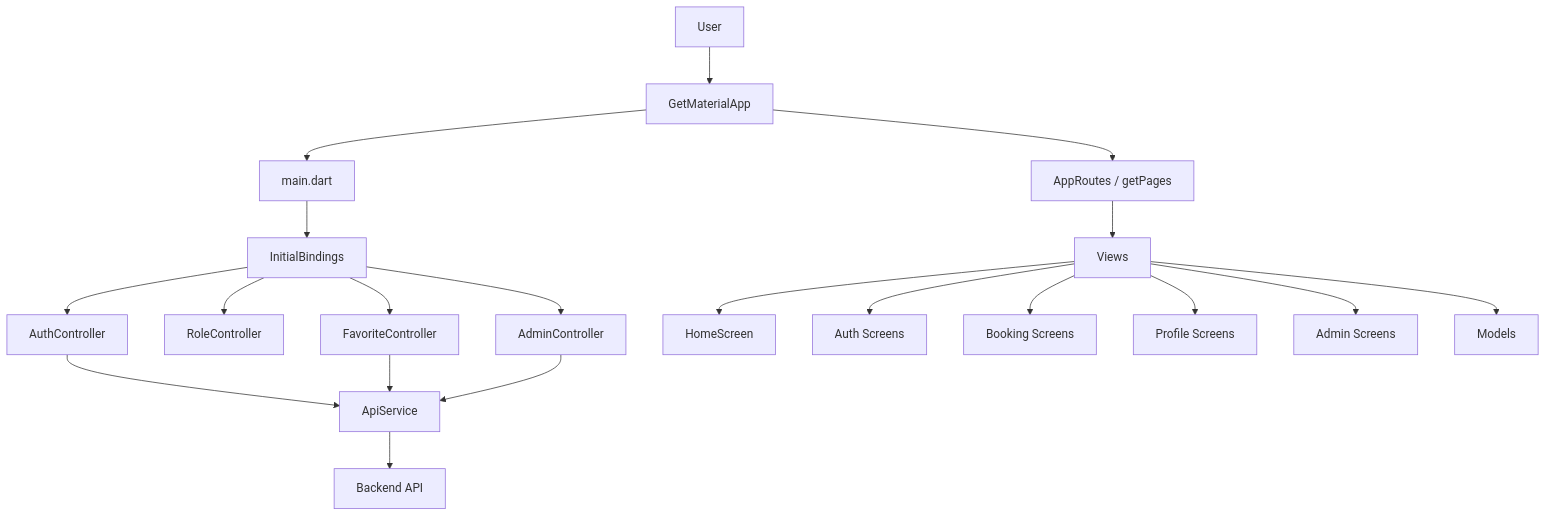
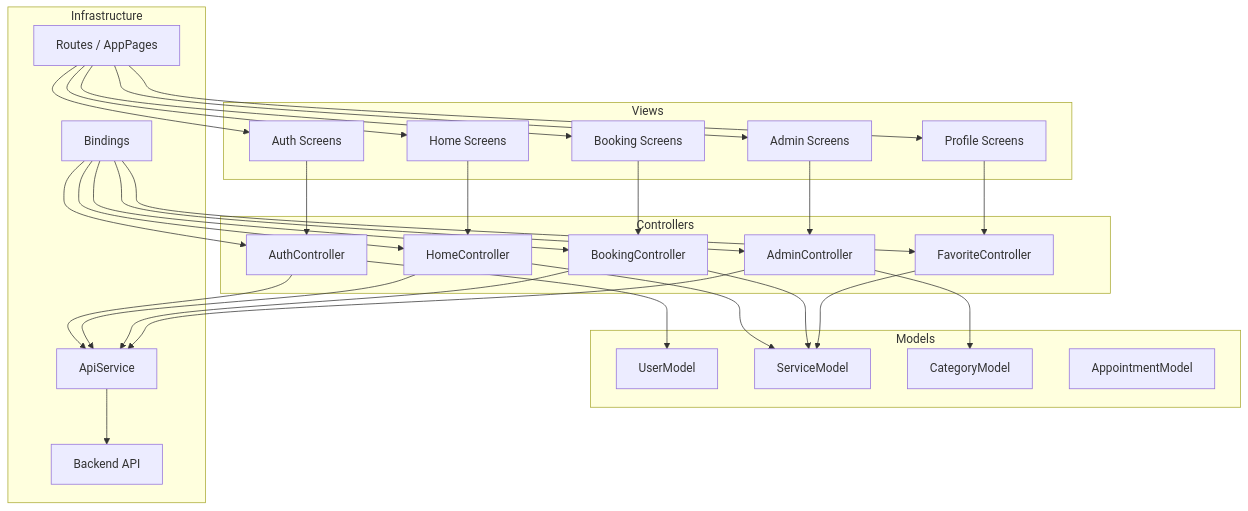
Before and after one commit to sleman-mahmoud/Test: the first of 4 diagrams in README.md, drawn with Mermaid. The commit also changed other lines of this file, not shown here.

````diff
--- a/README.md
+++ b/README.md
@@ -16,22 +18,62 @@
 ```mermaid
-flowchart TD
-    A[User] --> B[GetMaterialApp]
-    B --> C[main.dart]
-    C --> D[InitialBindings]
-    D --> E[AuthController]
-    D --> F[RoleController]
-    D --> G[FavoriteController]
-    D --> H[AdminController]
-    B --> I[AppRoutes / getPages]
-    I --> J[Views]
-    J --> K[HomeScreen]
-    J --> L[Auth Screens]
-    J --> M[Booking Screens]
-    J --> N[Profile Screens]
-    J --> O[Admin Screens]
-    E --> P[ApiService]
-    G --> P
-    H --> P
-    P --> Q[Backend API]
-    J --> R[Models]
+flowchart TB
+    subgraph UI[Views]
+        V1[Auth Screens]
+        V2[Home Screens]
+        V3[Booking Screens]
+        V4[Profile Screens]
+        V5[Admin Screens]
+    end
+
+    subgraph STATE[Controllers]
+        C1[AuthController]
+        C2[HomeController]
+        C3[BookingController]
+        C4[FavoriteController]
+        C5[AdminController]
+    end
+
+    subgraph DATA[Models]
+        M1[UserModel]
+        M2[ServiceModel]
+        M3[CategoryModel]
+        M4[AppointmentModel]
+    end
+
+    subgraph INFRA[Infrastructure]
+        B[Bindings]
+        R[Routes / AppPages]
+        S[ApiService]
+        A[Backend API]
+    end
+
+    V1 --> C1
+    V2 --> C2
+    V3 --> C3
+    V4 --> C4
+    V5 --> C5
+
+    C1 --> M1
+    C2 --> M2
+    C3 --> M2
+    C4 --> M2
+    C5 --> M3
+
+    B --> C1
+    B --> C2
+    B --> C3
+    B --> C4
+    B --> C5
+
+    R --> V1
+    R --> V2
+    R --> V3
+    R --> V4
+    R --> V5
+
+    C1 --> S
+    C2 --> S
+    C3 --> S
+    C5 --> S
+    S --> A
 ```
````
